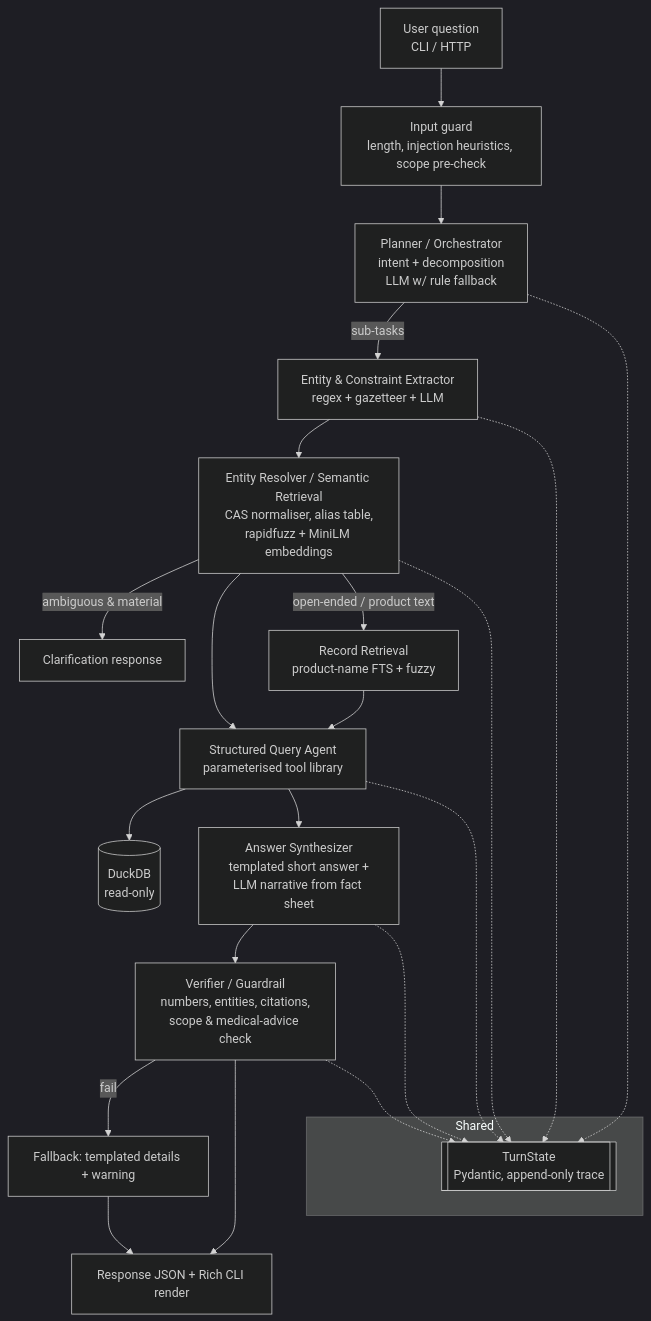
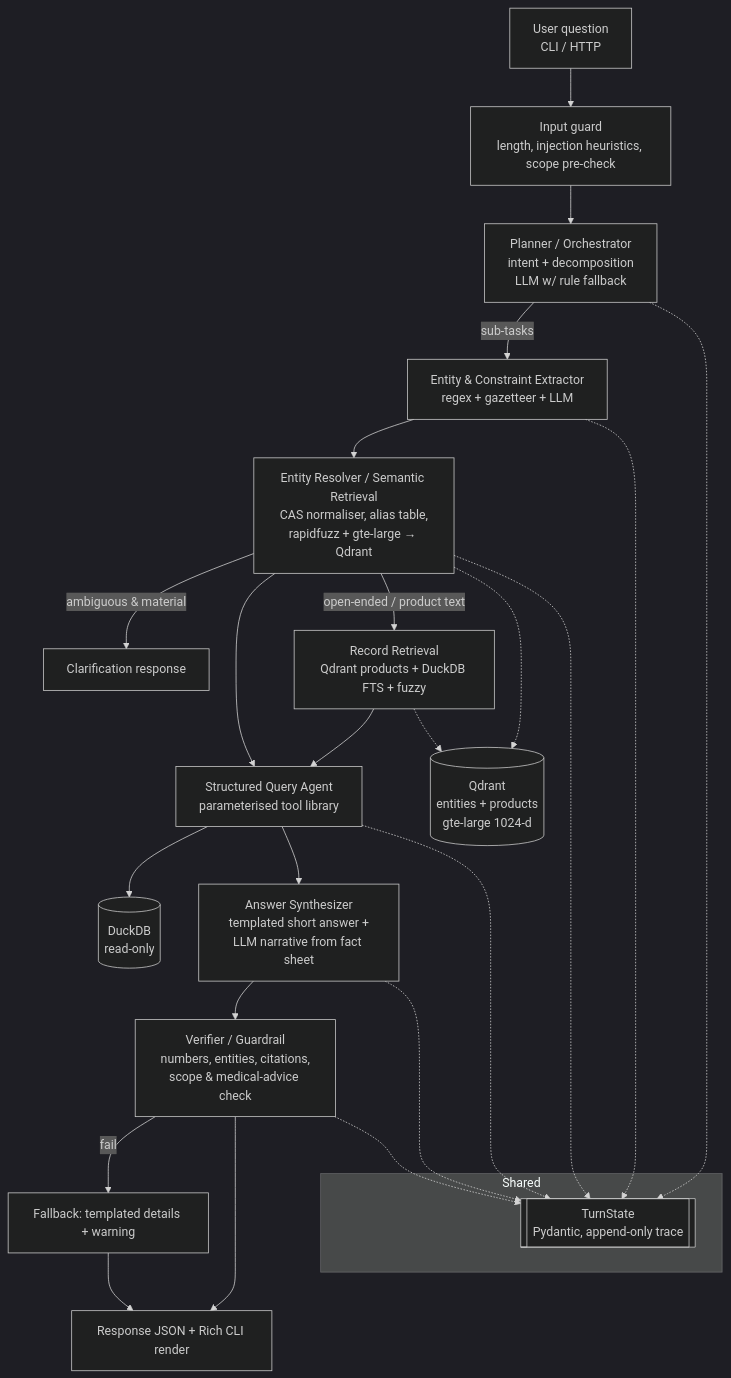
Before and after one commit to praveensomisetti/RAG_calense: the diagram in PLAN.md, drawn with Mermaid (dark theme). The commit also changed other lines of this file, not shown here.

First line of the commit message:
PLAN: adopt LangGraph, Gemini, gte-large embeddings and Qdrant

````diff
--- a/PLAN.md
+++ b/PLAN.md
@@ -162,26 +178,28 @@
 ```mermaid
 flowchart TD
     U[User question<br/>CLI / HTTP] --> G0[Input guard<br/>length, injection heuristics, scope pre-check]
     G0 --> P[Planner / Orchestrator<br/>intent + decomposition<br/>LLM w/ rule fallback]
     P -->|sub-tasks| X[Entity & Constraint Extractor<br/>regex + gazetteer + LLM]
-    X --> R[Entity Resolver / Semantic Retrieval<br/>CAS normaliser, alias table,<br/>rapidfuzz + MiniLM embeddings]
+    X --> R[Entity Resolver / Semantic Retrieval<br/>CAS normaliser, alias table,<br/>rapidfuzz + gte-large → Qdrant]
     R -->|ambiguous & material| CL[Clarification response]
     R --> Q[Structured Query Agent<br/>parameterised tool library]
-    R -->|open-ended / product text| RT[Record Retrieval<br/>product-name FTS + fuzzy]
+    R -->|open-ended / product text| RT[Record Retrieval<br/>Qdrant products + DuckDB FTS + fuzzy]
     RT --> Q
+    R -.-> VDB[(Qdrant<br/>entities + products<br/>gte-large 1024-d)]
+    RT -.-> VDB
     Q --> DB[(DuckDB<br/>read-only)]
     Q --> S[Answer Synthesizer<br/>templated short answer +<br/>LLM narrative from fact sheet]
     S --> V[Verifier / Guardrail<br/>numbers, entities, citations,<br/>scope & medical-advice check]
     V -->|fail| S2[Fallback: templated details + warning]
     V --> O[Response JSON + Rich CLI render]
     S2 --> O
     subgraph Shared
       ST[[TurnState<br/>Pydantic, append-only trace]]
     end
     P -.-> ST
     X -.-> ST
     R -.-> ST
     Q -.-> ST
     S -.-> ST
     V -.-> ST
 ```
````
